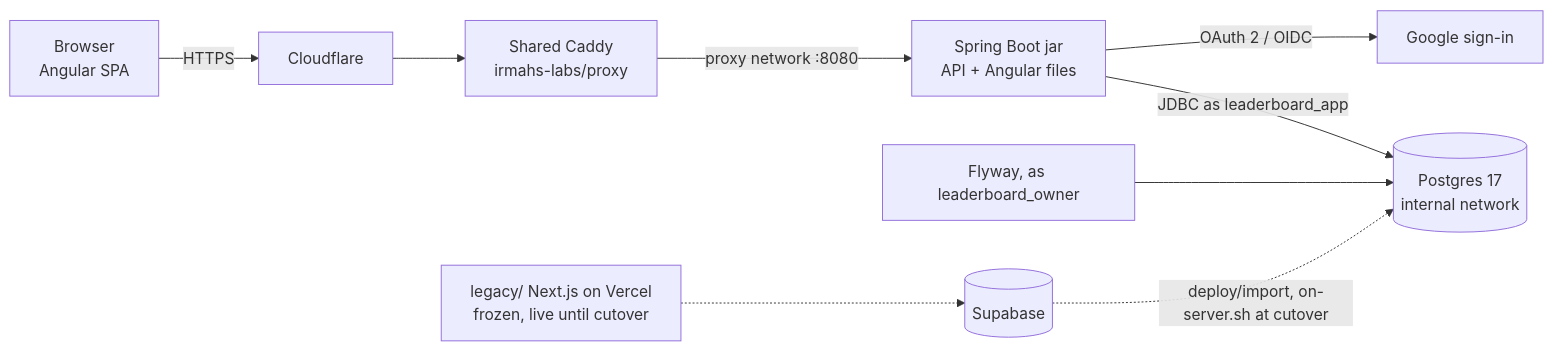
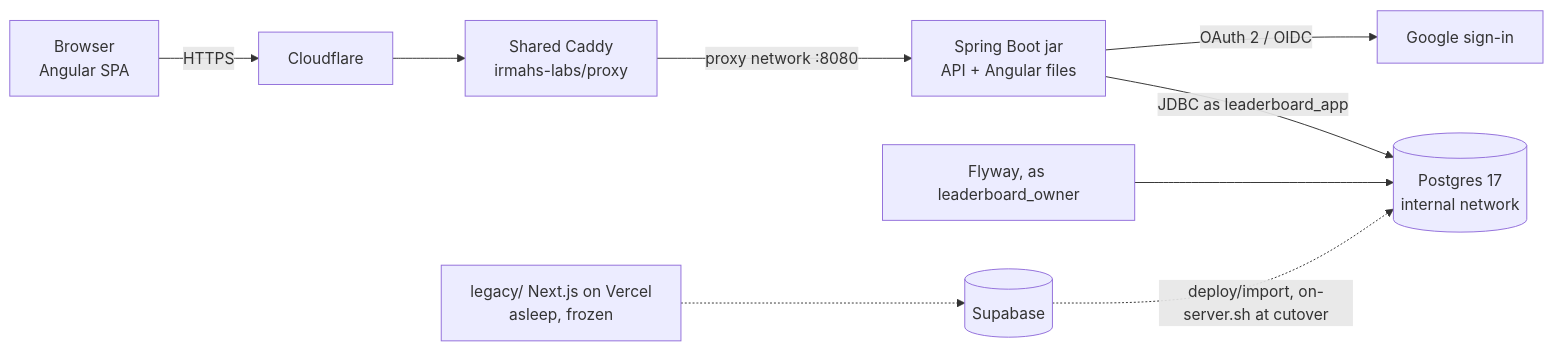
One commit to irmahs-labs/tournament-leaderboard changed the first of 7 diagrams in docs/context-graph.md. Above: the diagram before and after it, drawn with Mermaid. The commit also changed other lines of this file and 5 other files, not shown here.

Commit message:
ci: main is the app's branch and deploys production; the legacy site is asleep

````diff
--- a/docs/context-graph.md
+++ b/docs/context-graph.md
@@ -11,11 +11,11 @@
 ```mermaid
 flowchart LR
     browser[Browser<br/>Angular SPA] -->|HTTPS| cf[Cloudflare]
     cf --> caddy[Shared Caddy<br/>irmahs-labs/proxy]
     caddy -->|proxy network :8080| app[Spring Boot jar<br/>API + Angular files]
     app -->|JDBC as leaderboard_app| db[(Postgres 17<br/>internal network)]
     app -->|OAuth 2 / OIDC| google[Google sign-in]
     flyway[Flyway, as leaderboard_owner] --> db
-    legacy[legacy/ Next.js on Vercel<br/>frozen, live until cutover] -.-> supabase[(Supabase)]
+    legacy[legacy/ Next.js on Vercel<br/>asleep, frozen] -.-> supabase[(Supabase)]
     supabase -.->|deploy/import, on-server.sh at cutover| db
 ```
````
